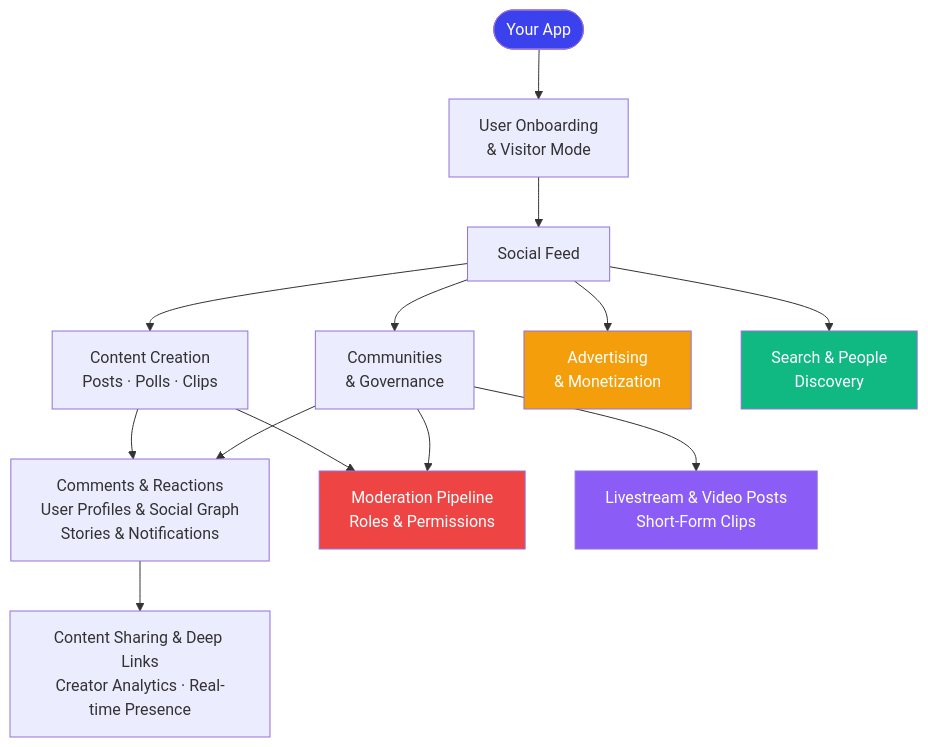
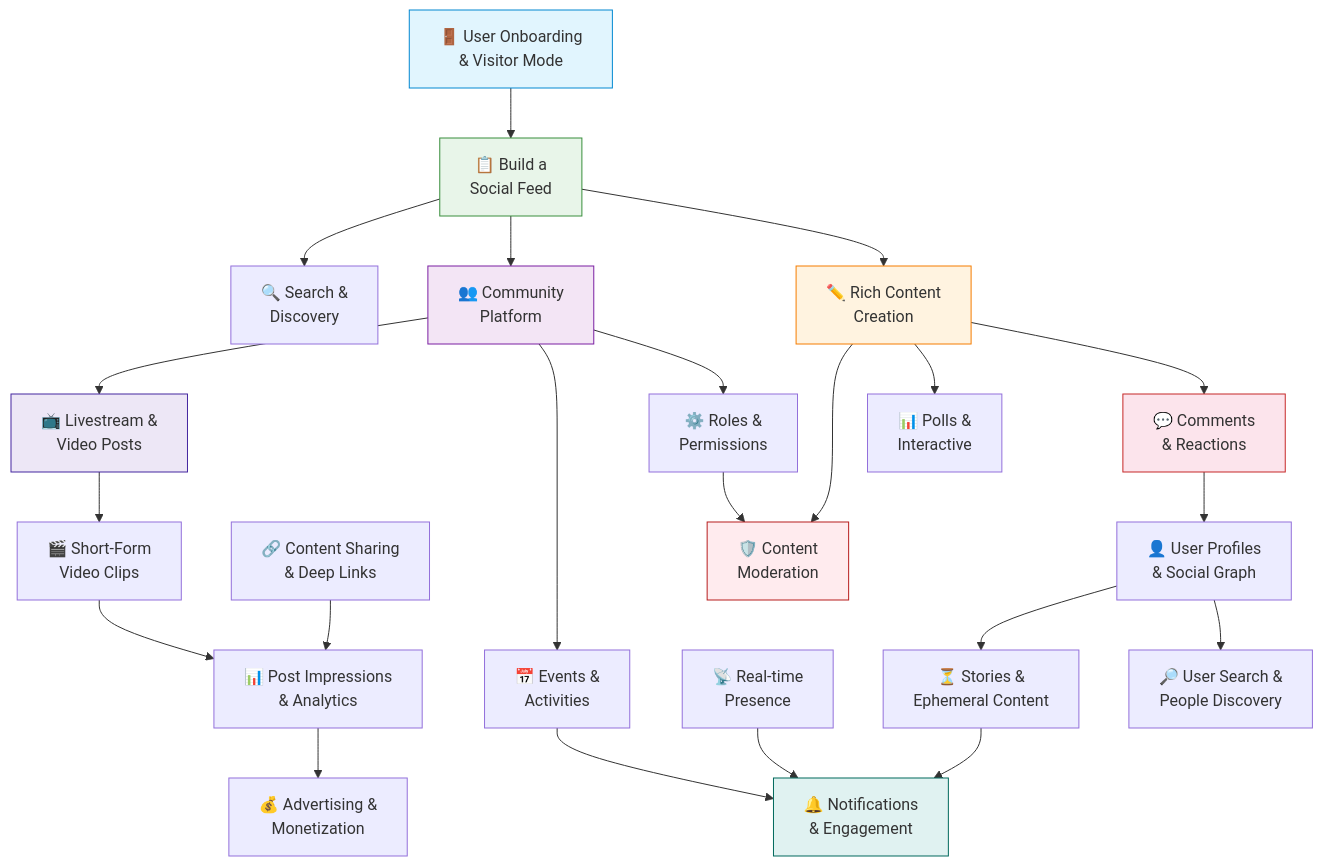
The diagram in use-cases/social/overview.mdx (AmityCo/social-plus-docs), drawn with Mermaid before and after one commit. The commit also changed other lines of this file and 36 other files, not shown here.

````diff
--- a/use-cases/social/overview.mdx
+++ b/use-cases/social/overview.mdx
@@ -33,27 +67,54 @@
 ```mermaid
 graph TD
-    APP(["Your App"])
+    ONBOARD["🚪 User Onboarding<br/>& Visitor Mode"]
+    FEED["📋 Build a<br/>Social Feed"]
+    CONTENT["✏️ Rich Content<br/>Creation"]
+    COMMENTS["💬 Comments<br/>& Reactions"]
+    COMMUNITY["👥 Community<br/>Platform"]
+    PROFILES["👤 User Profiles<br/>& Social Graph"]
+    STORIES["⏳ Stories &<br/>Ephemeral Content"]
+    NOTIFICATIONS["🔔 Notifications<br/>& Engagement"]
+    EVENTS["📅 Events &<br/>Activities"]
+    SHARING["🔗 Content Sharing<br/>& Deep Links"]
+    PRESENCE["📡 Real-time<br/>Presence"]
+    IMPRESSIONS["📊 Post Impressions<br/>& Analytics"]
+    SEARCH["🔍 Search &<br/>Discovery"]
+    PEOPLE["🔎 User Search &<br/>People Discovery"]
+    MODERATION["🛡️ Content<br/>Moderation"]
+    ROLES["⚙️ Roles &<br/>Permissions"]
+    LIVESTREAM["📺 Livestream &<br/>Video Posts"]
+    CLIPS["🎬 Short-Form<br/>Video Clips"]
+    POLLS["📊 Polls &<br/>Interactive"]
+    ADS["💰 Advertising &<br/>Monetization"]
 
-    APP --> ONBOARD["User Onboarding<br/>& Visitor Mode"]
-    ONBOARD --> FEED["Social Feed"]
-    FEED --> CONTENT["Content Creation<br/>Posts · Polls · Clips"]
-    FEED --> COMMUNITY["Communities<br/>& Governance"]
-    FEED --> ADS["Advertising<br/>& Monetization"]
+    ONBOARD --> FEED
+    FEED --> CONTENT
+    CONTENT --> COMMENTS
+    CONTENT --> POLLS
+    COMMENTS --> PROFILES
+    PROFILES --> PEOPLE
+    PROFILES --> STORIES
+    STORIES --> NOTIFICATIONS
+    COMMUNITY --> ROLES
+    COMMUNITY --> EVENTS
+    COMMUNITY --> LIVESTREAM
+    ROLES --> MODERATION
+    EVENTS --> NOTIFICATIONS
+    FEED --> COMMUNITY
+    FEED --> SEARCH
+    SHARING --> IMPRESSIONS
+    IMPRESSIONS --> ADS
+    LIVESTREAM --> CLIPS
+    CLIPS --> IMPRESSIONS
+    PRESENCE --> NOTIFICATIONS
+    CONTENT --> MODERATION
 
-    CONTENT --> ENGAGE["Comments & Reactions<br/>User Profiles & Social Graph<br/>Stories & Notifications"]
-    COMMUNITY --> ENGAGE
-
-    ENGAGE --> GROWTH["Content Sharing & Deep Links<br/>Creator Analytics · Real-time Presence"]
-    FEED --> DISCOVER["Search & People<br/>Discovery"]
-
-    CONTENT --> MODERATION["Moderation Pipeline<br/>Roles & Permissions"]
-    COMMUNITY --> MODERATION
-
-    COMMUNITY --> VIDEO["Livestream & Video Posts<br/>Short-Form Clips"]
-
-    style APP fill:#3b41ec,color:#fff
-    style MODERATION fill:#ef4444,color:#fff
-    style DISCOVER fill:#10b981,color:#fff
-    style VIDEO fill:#8b5cf6,color:#fff
-    style ADS fill:#f59e0b,color:#fff
+    style ONBOARD fill:#e1f5fe,stroke:#0288d1
+    style FEED fill:#e8f5e9,stroke:#388e3c
+    style CONTENT fill:#fff3e0,stroke:#f57c00
+    style COMMENTS fill:#fce4ec,stroke:#c62828
+    style COMMUNITY fill:#f3e5f5,stroke:#7b1fa2
+    style MODERATION fill:#ffebee,stroke:#b71c1c
+    style NOTIFICATIONS fill:#e0f2f1,stroke:#00695c
+    style LIVESTREAM fill:#ede7f6,stroke:#4527a0
 ```
````
